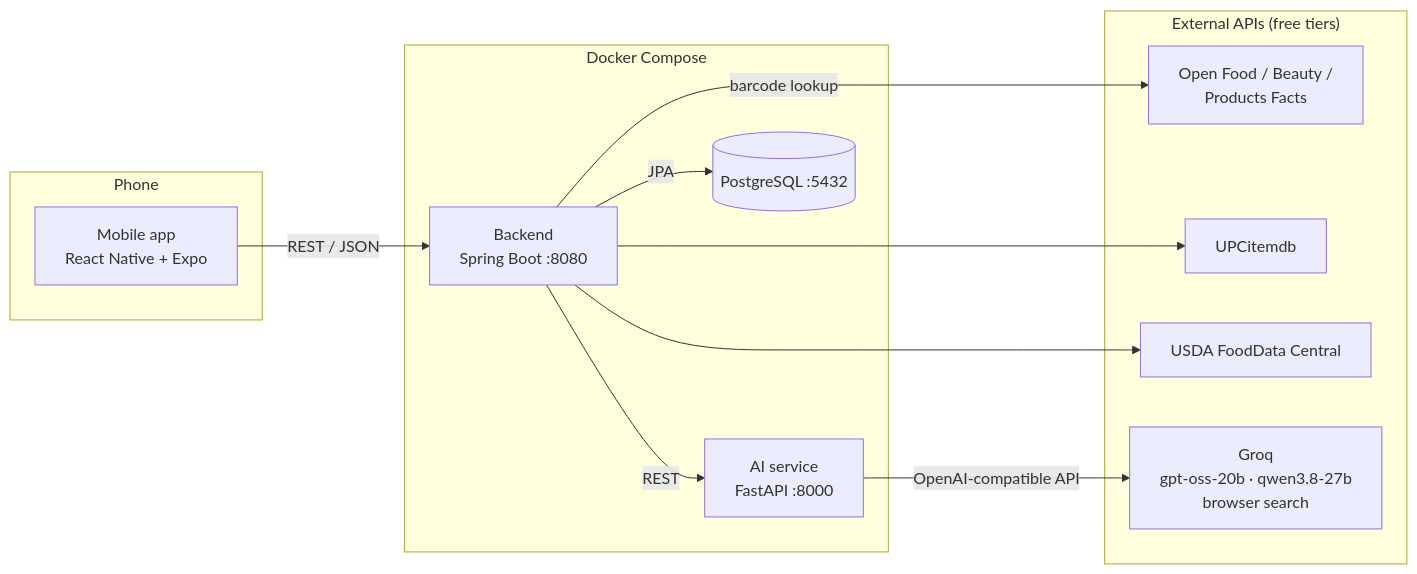
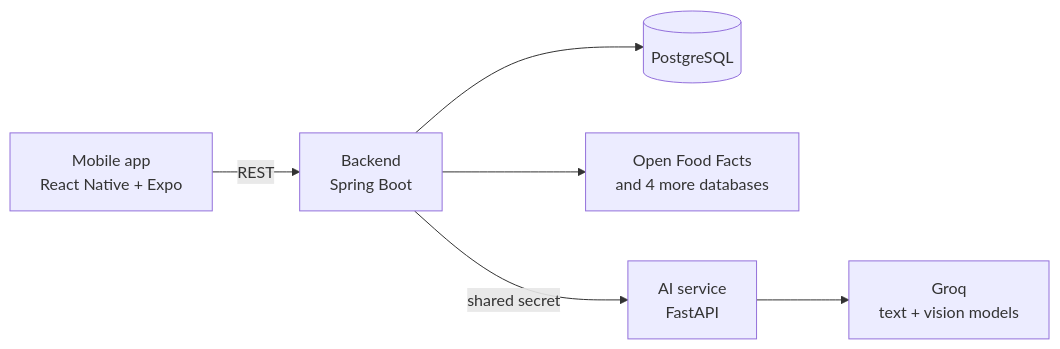
One commit to edisban/HealthScan changed the diagram in README.md. Above: the diagram before and after it, drawn with Mermaid. The commit also changed other lines of this file and 6 other files, not shown here.

````diff
--- a/README.md
+++ b/README.md
@@ -78,27 +28,8 @@
 ```mermaid
 flowchart LR
-    subgraph Phone
-        App["Mobile app<br/>React Native + Expo"]
-    end
-
-    subgraph Docker["Docker Compose"]
-        API["Backend<br/>Spring Boot :8080"]
-        AI["AI service<br/>FastAPI :8000"]
-        DB[("PostgreSQL :5432")]
-    end
-
-    subgraph External["External APIs (free tiers)"]
-        OFF["Open Food / Beauty /<br/>Products Facts"]
-        UPC["UPCitemdb"]
-        USDA["USDA FoodData Central"]
-        Groq["Groq<br/>gpt-oss-20b · qwen3.8-27b<br/>browser search"]
-    end
-
-    App -- "REST / JSON" --> API
-    API -- "JPA" --> DB
-    API -- "barcode lookup" --> OFF
-    API --> UPC
-    API --> USDA
-    API -- "REST" --> AI
-    AI -- "OpenAI-compatible API" --> Groq
+    App["Mobile app<br/>React Native + Expo"] -->|REST| API["Backend<br/>Spring Boot"]
+    API --> DB[("PostgreSQL")]
+    API --> OFF["Open Food Facts<br/>and 4 more databases"]
+    API -->|shared secret| AI["AI service<br/>FastAPI"]
+    AI --> Groq["Groq<br/>text + vision models"]
 ```
````
